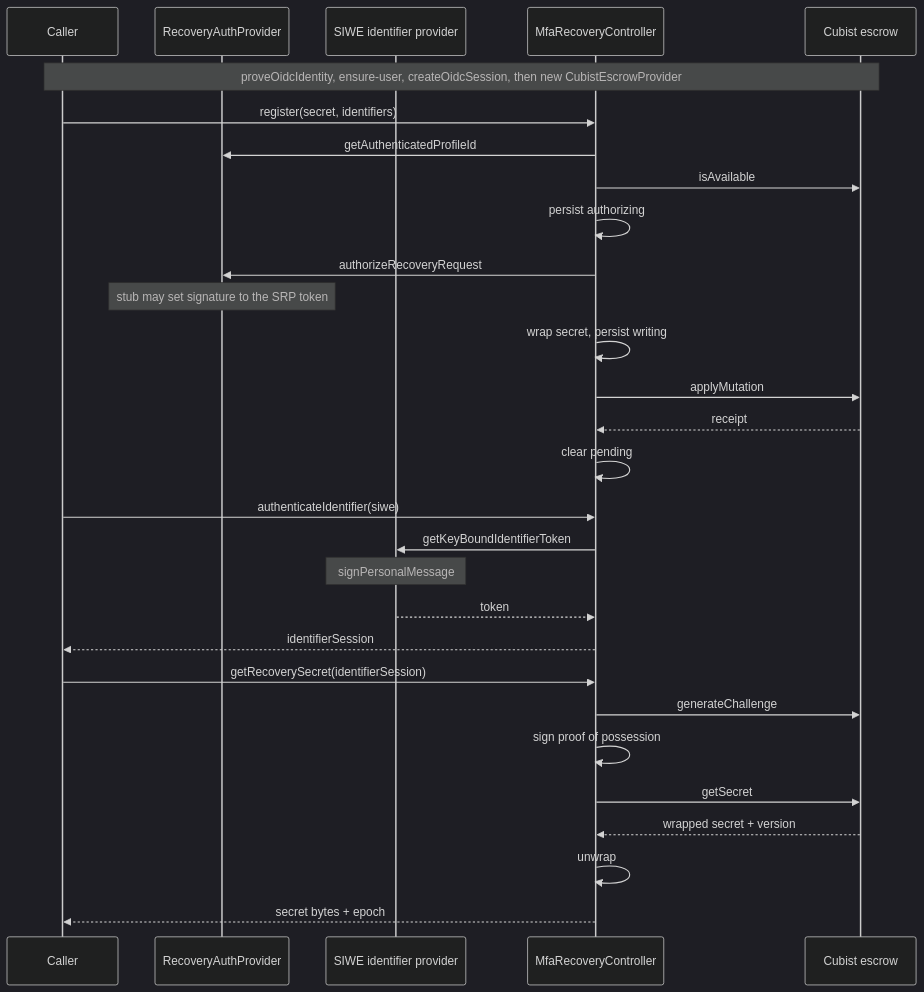
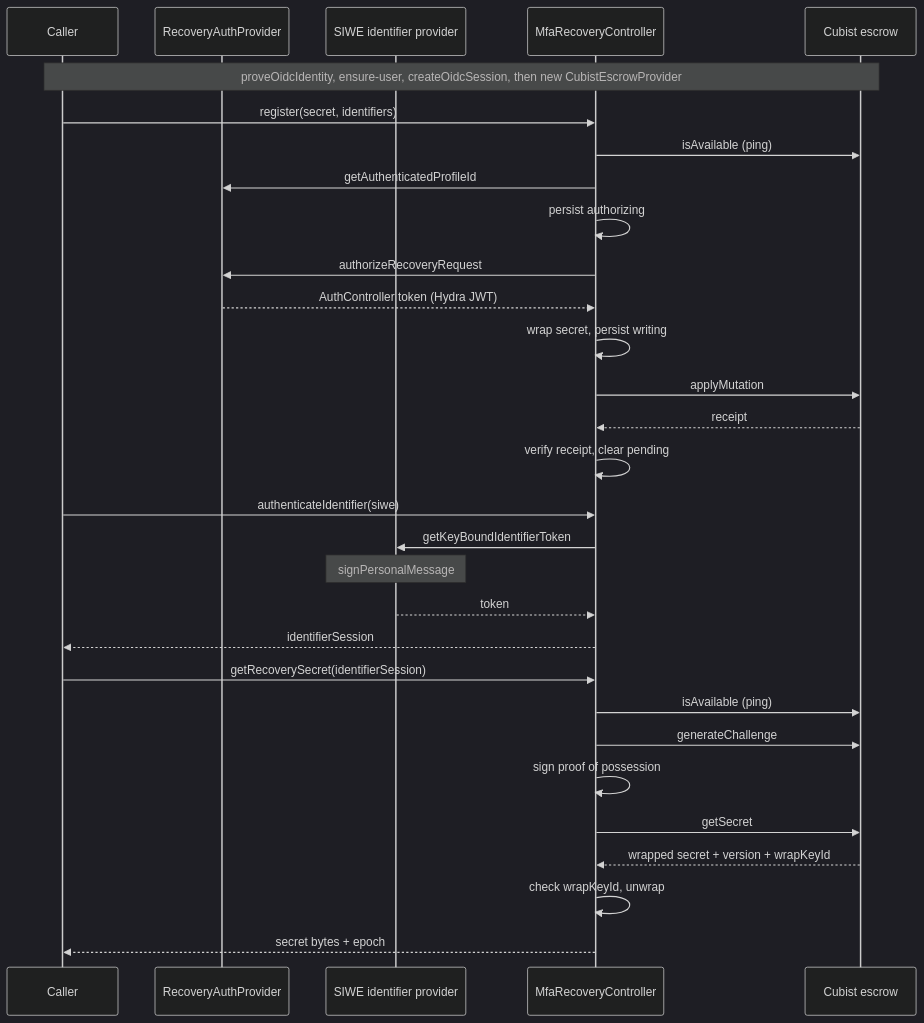
Before and after one commit to MetaMask/core: the fourth of 7 diagrams in packages/mfa-recovery-controller/ARCHITECTURE.md, drawn with Mermaid (dark theme). The commit also changed other lines of this file, not shown here.

First line of the commit message:
docs: enhance architecture documentation for mfa-recovery-controller

````diff
--- a/packages/mfa-recovery-controller/ARCHITECTURE.md
+++ b/packages/mfa-recovery-controller/ARCHITECTURE.md
@@ -153,35 +232,36 @@
 ```mermaid
 sequenceDiagram
   participant Caller as Caller
   participant Auth as RecoveryAuthProvider
   participant IdP as SIWE identifier provider
   participant Ctrl as MfaRecoveryController
   participant Escrow as Cubist escrow
 
   Note over Caller,Escrow: proveOidcIdentity, ensure-user, createOidcSession, then new CubistEscrowProvider
 
   Caller->>Ctrl: register(secret, identifiers)
+  Ctrl->>Escrow: isAvailable (ping)
   Ctrl->>Auth: getAuthenticatedProfileId
-  Ctrl->>Escrow: isAvailable
   Ctrl->>Ctrl: persist authorizing
   Ctrl->>Auth: authorizeRecoveryRequest
-  Note over Auth: stub may set signature to the SRP token
+  Auth-->>Ctrl: AuthController token (Hydra JWT)
   Ctrl->>Ctrl: wrap secret, persist writing
   Ctrl->>Escrow: applyMutation
   Escrow-->>Ctrl: receipt
-  Ctrl->>Ctrl: clear pending
+  Ctrl->>Ctrl: verify receipt, clear pending
 
   Caller->>Ctrl: authenticateIdentifier(siwe)
   Ctrl->>IdP: getKeyBoundIdentifierToken
   Note over IdP: signPersonalMessage
   IdP-->>Ctrl: token
   Ctrl-->>Caller: identifierSession
 
   Caller->>Ctrl: getRecoverySecret(identifierSession)
+  Ctrl->>Escrow: isAvailable (ping)
   Ctrl->>Escrow: generateChallenge
   Ctrl->>Ctrl: sign proof of possession
   Ctrl->>Escrow: getSecret
-  Escrow-->>Ctrl: wrapped secret + version
-  Ctrl->>Ctrl: unwrap
+  Escrow-->>Ctrl: wrapped secret + version + wrapKeyId
+  Ctrl->>Ctrl: check wrapKeyId, unwrap
   Ctrl-->>Caller: secret bytes + epoch
 ```
````
